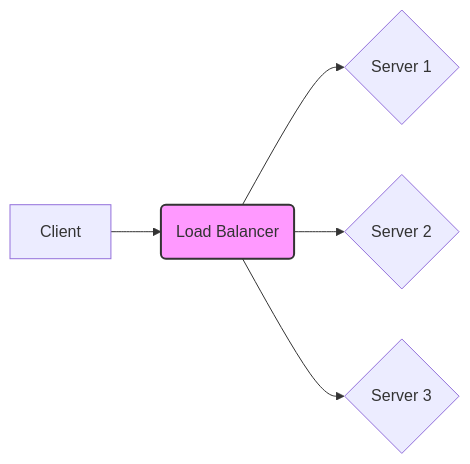
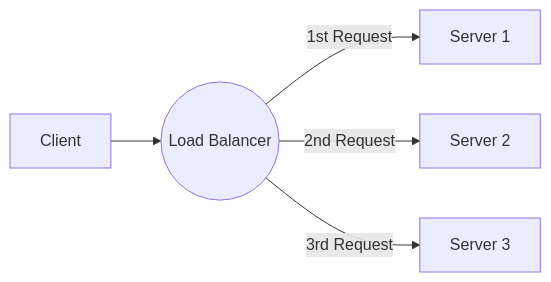
The first of 6 diagrams in posts/scalability/load-balancing-algorithms/index.qmd (muthuspark/system-design), drawn with Mermaid before and after one commit. The commit also changed other lines of this file and 302 other files, not shown here.

````diff
--- a/posts/scalability/load-balancing-algorithms/index.qmd
+++ b/posts/scalability/load-balancing-algorithms/index.qmd
@@ -32,8 +26,14 @@
 ```{mermaid}
 graph LR
-A[Client] --> B(Load Balancer);
-B --> C{Server 1};
-B --> D{Server 2};
-B --> E{Server 3};
-style B fill:#f9f,stroke:#333,stroke-width:2px
+    C[Client]
+    LB((Load Balancer))
+    S1[Server 1]
+    S2[Server 2]
+    S3[Server 3]
+    
+    C --> LB
+    LB -->|1st Request| S1
+    LB -->|2nd Request| S2
+    LB -->|3rd Request| S3
+
 ```
````
